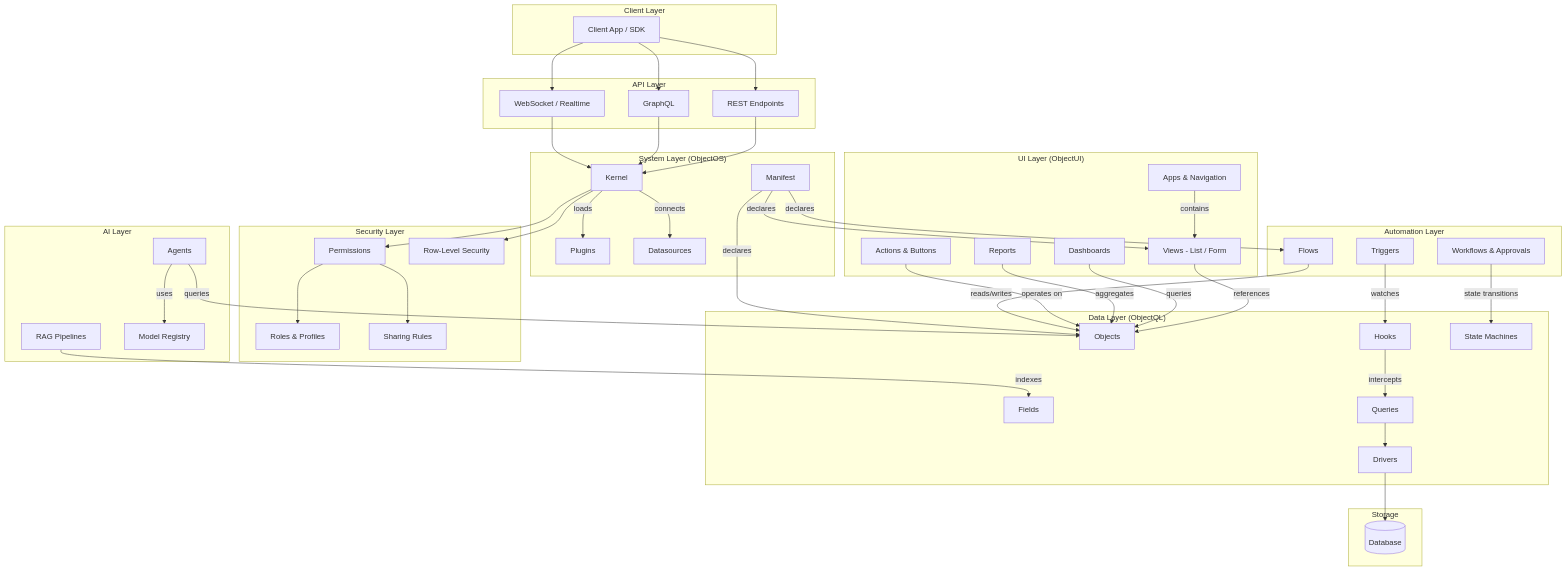
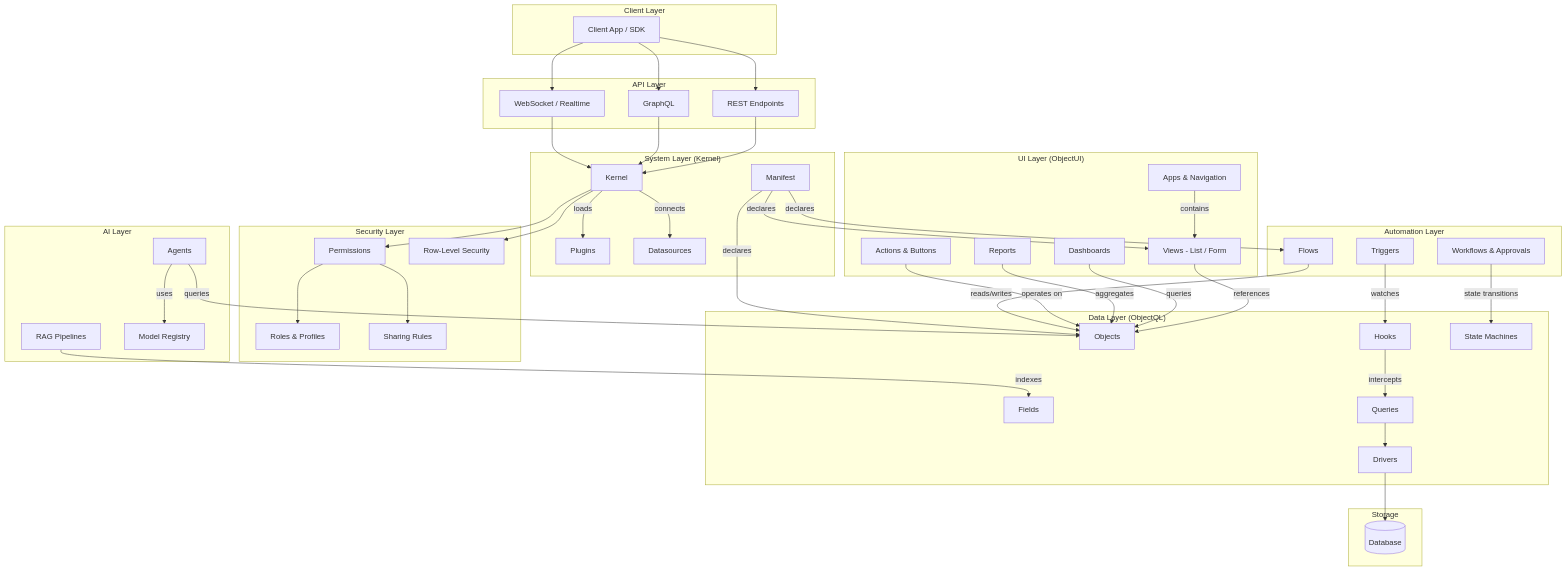
The first of 4 diagrams in content/docs/protocol/diagram.mdx (objectstack-ai/framework), drawn with Mermaid before and after one commit. The commit also changed other lines of this file and 23 other files, not shown here.

First line of the commit message:
docs: retire 'ObjectOS' as the control-layer name — the layer is now 'Kernel'

```diff
--- a/content/docs/protocol/diagram.mdx
+++ b/content/docs/protocol/diagram.mdx
@@ -70,7 +70,7 @@
         MODELS[Model Registry]
     end
 
-    subgraph "System Layer (ObjectOS)"
+    subgraph "System Layer (Kernel)"
         MANIFEST[Manifest]
         KERNEL[Kernel]
         PLUGINS[Plugins]
```
